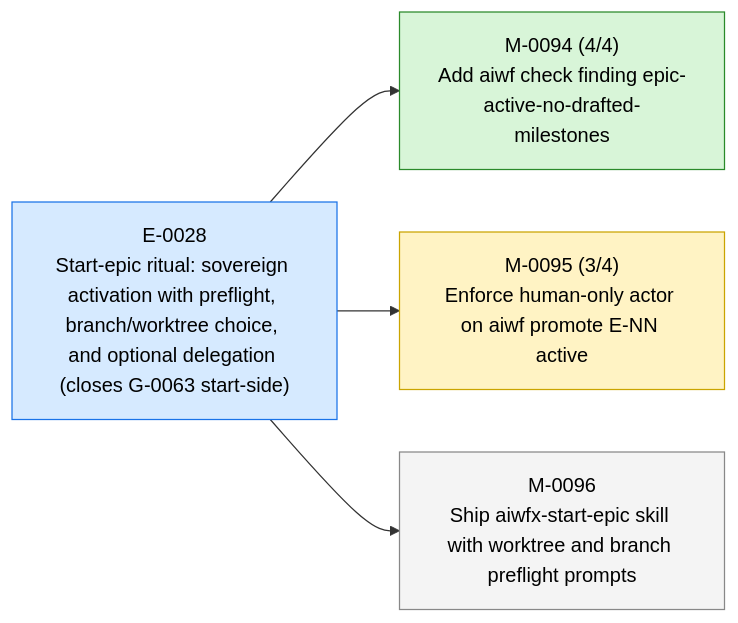
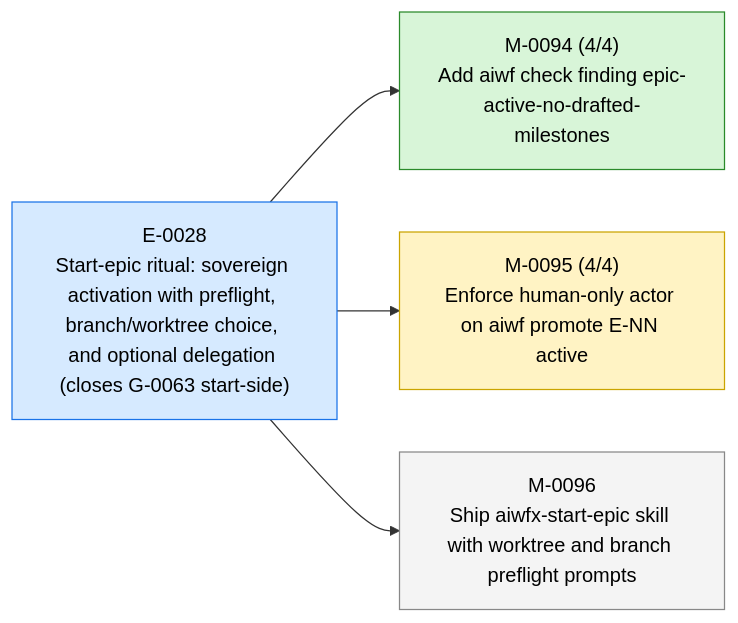
The first of 3 diagrams in STATUS.md (23min/aiwf), drawn with Mermaid before and after one commit. The commit also changed other lines of this file and 1 other file, not shown here.

First line of the commit message:
aiwf promote M-0095/AC-4 open -> met

````diff
--- a/STATUS.md
+++ b/STATUS.md
@@ -15,16 +15,16 @@
 ```mermaid
 flowchart LR
   E_0028["E-0028<br/>Start-epic ritual: sovereign activation with preflight, branch/worktree choice, and optional delegation (closes G-0063 start-side)"]:::epic_active
   M_0094["M-0094 (4/4)<br/>Add aiwf check finding epic-active-no-drafted-milestones"]:::ms_done
   E_0028 --> M_0094
-  M_0095["M-0095 (3/4)<br/>Enforce human-only actor on aiwf promote E-NN active"]:::ms_in_progress
+  M_0095["M-0095 (4/4)<br/>Enforce human-only actor on aiwf promote E-NN active"]:::ms_in_progress
   E_0028 --> M_0095
   M_0096["M-0096<br/>Ship aiwfx-start-epic skill with worktree and branch preflight prompts"]:::ms_draft
   E_0028 --> M_0096
   classDef epic_active fill:#d6eaff,stroke:#1a73e8,color:#000
   classDef epic_proposed fill:#f4f4f4,stroke:#888,color:#000
   classDef ms_done fill:#d8f5d8,stroke:#2a8a2a,color:#000
   classDef ms_in_progress fill:#fff3c4,stroke:#caa400,color:#000
   classDef ms_draft fill:#f4f4f4,stroke:#888,color:#000
   classDef ms_cancelled fill:#fbeaea,stroke:#c33,color:#000
 ```
````
